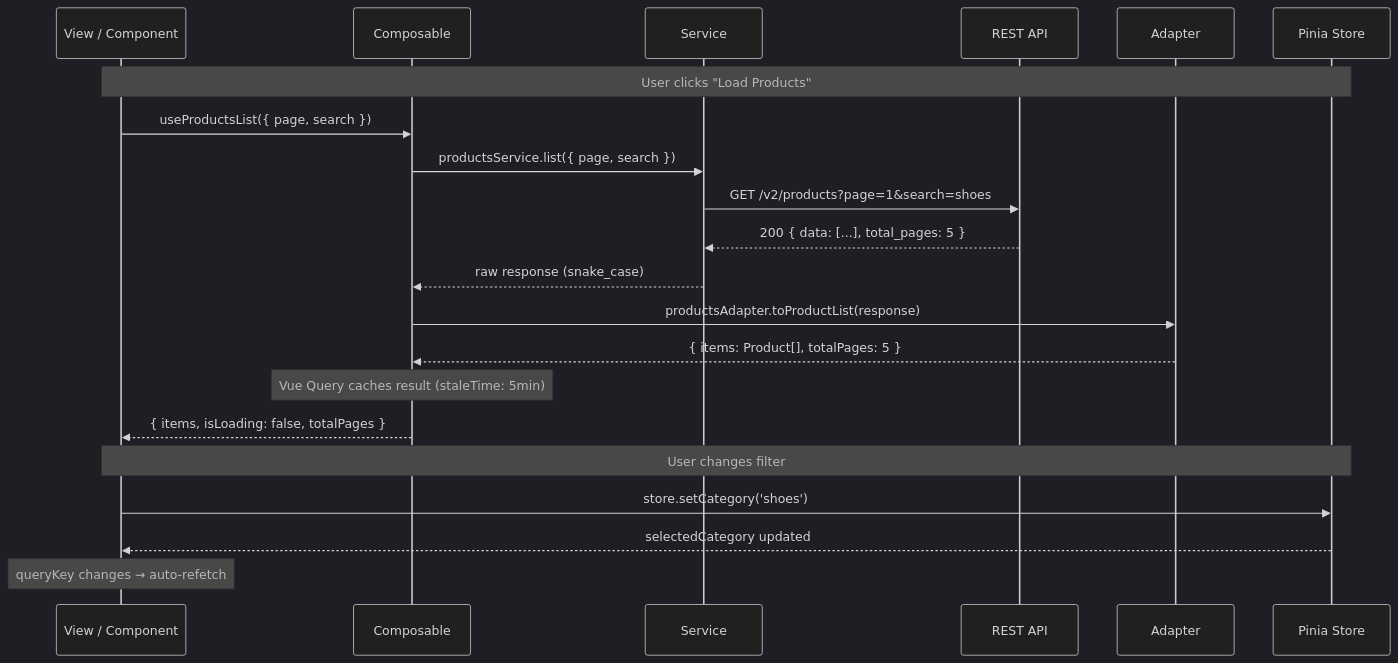
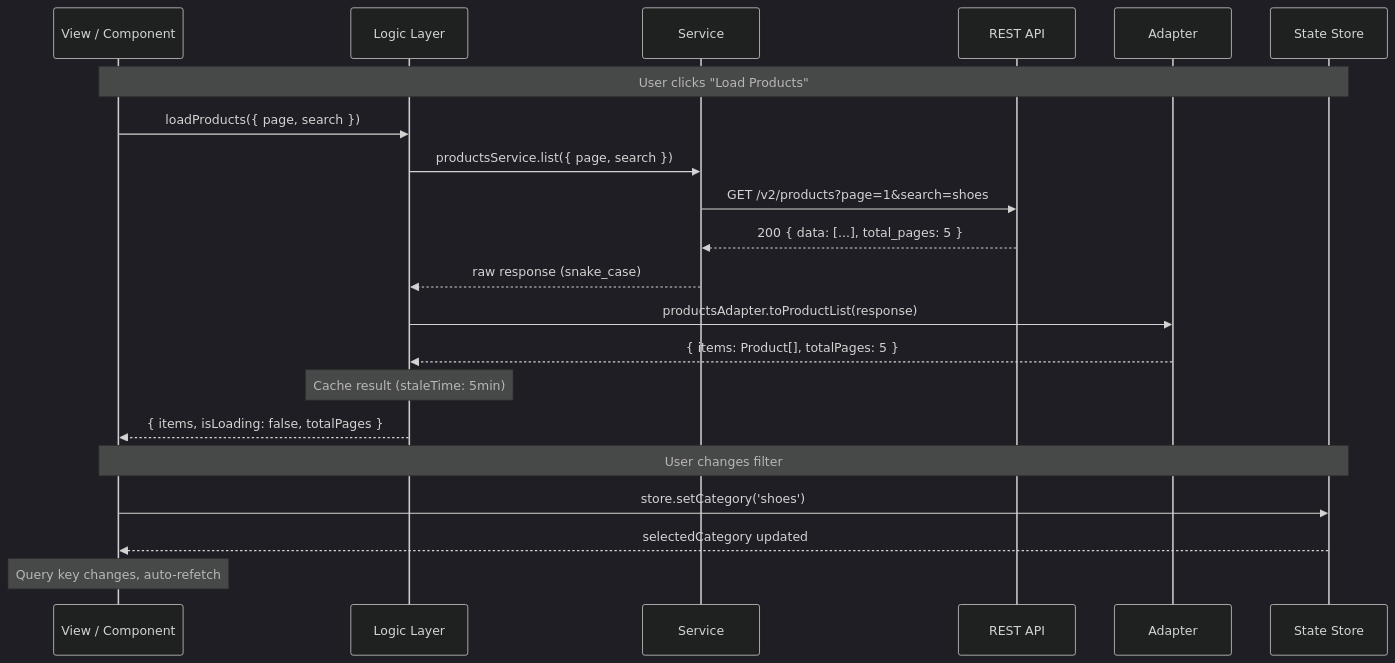
Before and after one commit to NoaiRox/specialist-agent: the first of 3 diagrams in docs/guide/layers.md, drawn with Mermaid (dark theme). The commit also changed other lines of this file and 7 other files, not shown here.

First line of the commit message:
refactor(docs): make ARCHITECTURE.md optional and docs framework-agnostic (#60)

````diff
--- a/docs/guide/layers.md
+++ b/docs/guide/layers.md
@@ -11,25 +7,25 @@
 ```mermaid
 sequenceDiagram
     participant V as View / Component
-    participant Co as Composable
+    participant L as Logic Layer
     participant S as Service
     participant API as REST API
     participant Ad as Adapter
-    participant St as Pinia Store
+    participant St as State Store
 
     Note over V,St: User clicks "Load Products"
-    V->>Co: useProductsList({ page, search })
-    Co->>S: productsService.list({ page, search })
+    V->>L: loadProducts({ page, search })
+    L->>S: productsService.list({ page, search })
     S->>API: GET /v2/products?page=1&search=shoes
     API-->>S: 200 { data: [...], total_pages: 5 }
-    S-->>Co: raw response (snake_case)
-    Co->>Ad: productsAdapter.toProductList(response)
-    Ad-->>Co: { items: Product[], totalPages: 5 }
-    Note over Co: Vue Query caches result (staleTime: 5min)
-    Co-->>V: { items, isLoading: false, totalPages }
+    S-->>L: raw response (snake_case)
+    L->>Ad: productsAdapter.toProductList(response)
+    Ad-->>L: { items: Product[], totalPages: 5 }
+    Note over L: Cache result (staleTime: 5min)
+    L-->>V: { items, isLoading: false, totalPages }
 
     Note over V,St: User changes filter
     V->>St: store.setCategory('shoes')
     St-->>V: selectedCategory updated
-    Note over V: queryKey changes → auto-refetch
+    Note over V: Query key changes, auto-refetch
 ```
````
